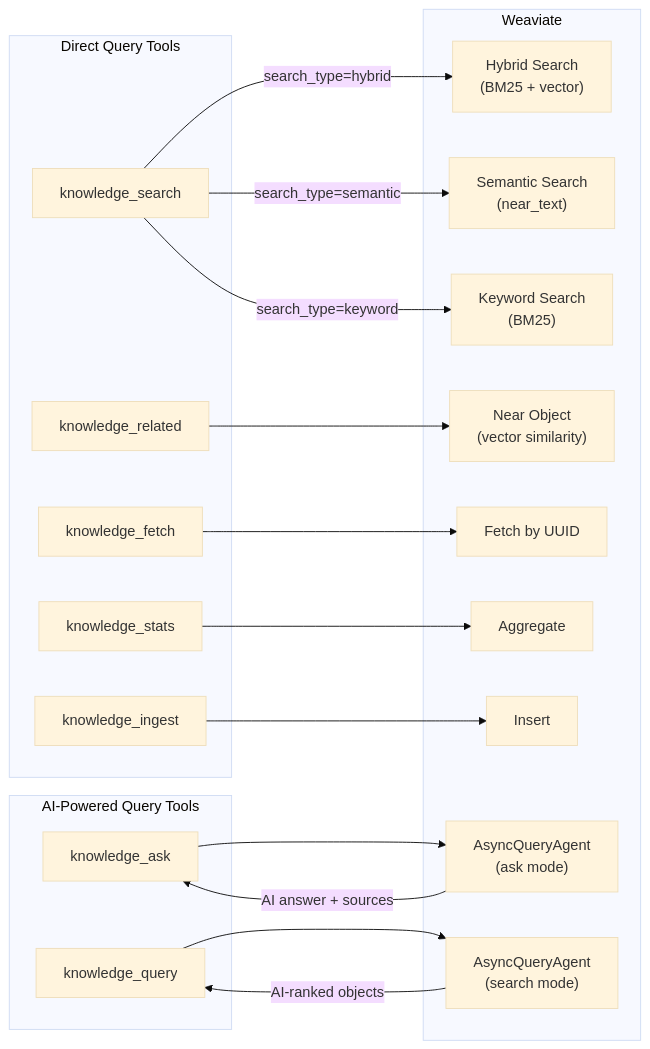
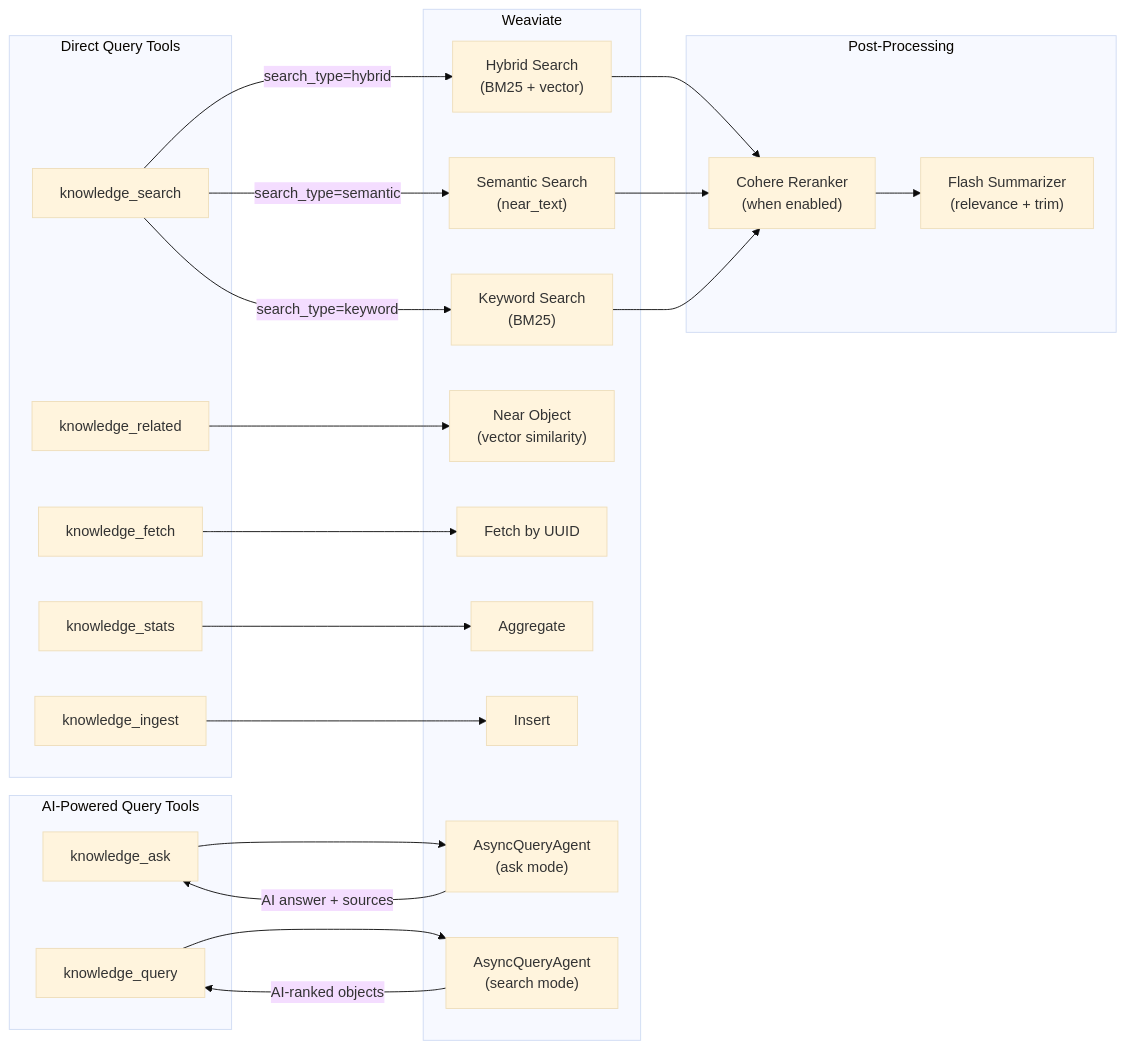
One commit to Galbaz1/gemini-research-mcp changed the fourth of 7 diagrams in docs/DATAFLOW.md. Above: the diagram before and after it, drawn with Mermaid (base theme). The commit also changed other lines of this file and 19 other files, not shown here.

````diff
--- a/docs/DATAFLOW.md
+++ b/docs/DATAFLOW.md
@@ -407,40 +414,49 @@
 ```mermaid
 flowchart LR
     subgraph "Direct Query Tools"
         KS["knowledge_search"]
         KR["knowledge_related"]
         KF["knowledge_fetch"]
         KSt["knowledge_stats"]
         KI["knowledge_ingest"]
     end
 
     subgraph "AI-Powered Query Tools"
         KAsk["knowledge_ask"]
         KQ["knowledge_query"]
     end
 
     subgraph "Weaviate"
         H["Hybrid Search<br/>(BM25 + vector)"]
         S["Semantic Search<br/>(near_text)"]
         BM["Keyword Search<br/>(BM25)"]
         NO["Near Object<br/>(vector similarity)"]
         FID["Fetch by UUID"]
         AGG["Aggregate"]
         INS["Insert"]
         QA["AsyncQueryAgent<br/>(ask mode)"]
         QS["AsyncQueryAgent<br/>(search mode)"]
     end
 
+    subgraph "Post-Processing"
+        RR["Cohere Reranker<br/>(when enabled)"]
+        FS["Flash Summarizer<br/>(relevance + trim)"]
+    end
+
     KS -->|"search_type=hybrid"| H
     KS -->|"search_type=semantic"| S
     KS -->|"search_type=keyword"| BM
+    H --> RR
+    S --> RR
+    BM --> RR
+    RR --> FS
     KR --> NO
     KF --> FID
     KSt --> AGG
     KI --> INS
     KAsk --> QA
     KQ --> QS
 
     QA -->|"AI answer + sources"| KAsk
     QS -->|"AI-ranked objects"| KQ
 ```
````
